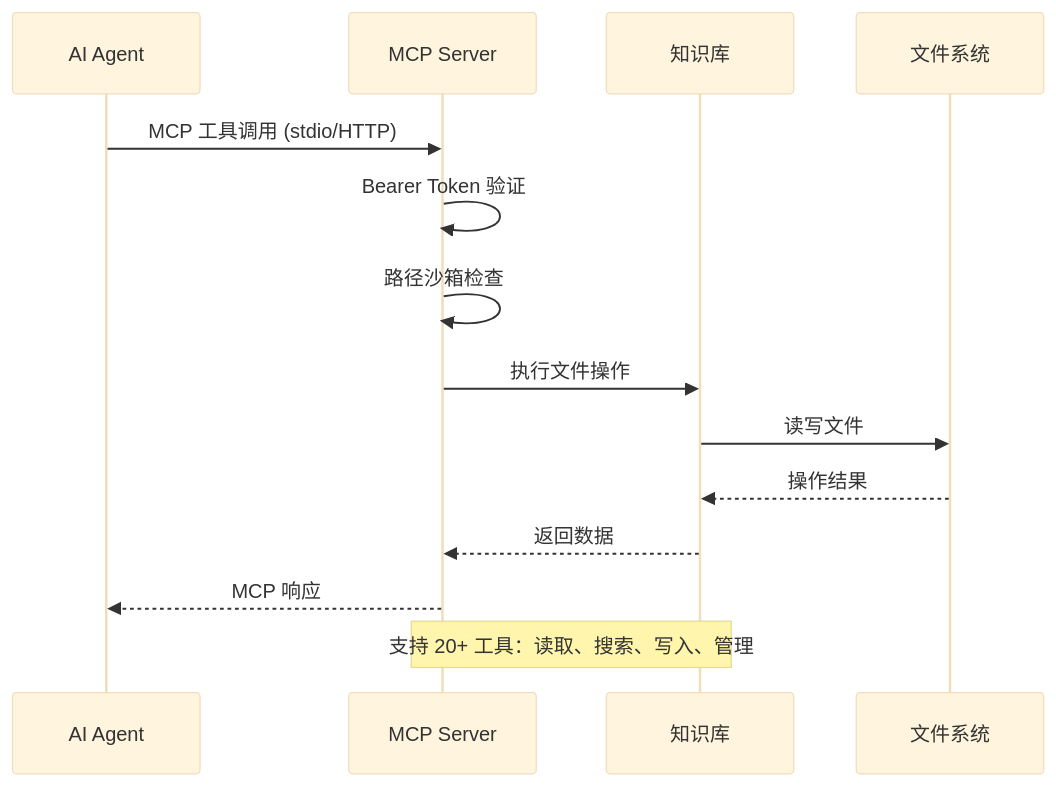
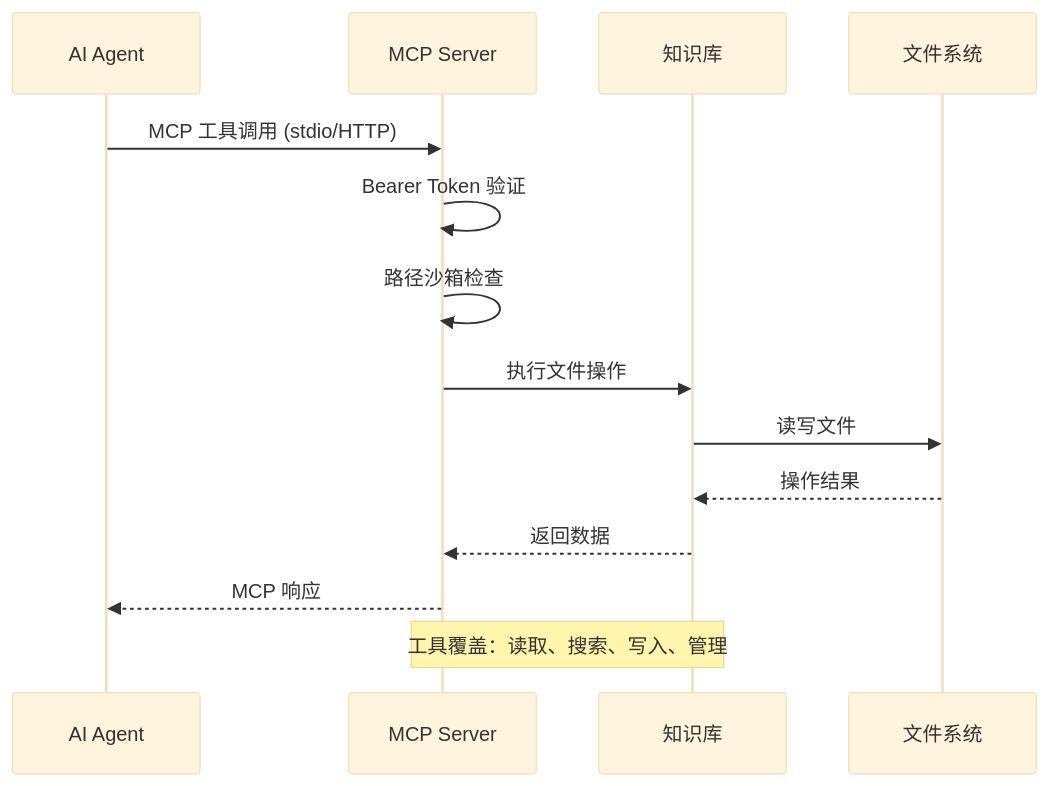
The third of 12 diagrams in wiki/architecture-diagrams.md (GeminiLight/MindOS), drawn with Mermaid (base theme) before and after one commit. The commit also changed other lines of this file and 111 other files, not shown here.

First line of the commit message:
feat: MindOS SKILL v1.3.0, template architecture overhaul, Docker support, Desktop & MCP improvements

````diff
--- a/wiki/architecture-diagrams.md
+++ b/wiki/architecture-diagrams.md
@@ -71,18 +71,18 @@
 ```mermaid
 sequenceDiagram
     participant AG as AI Agent
     participant MS as MCP Server
     participant KB as 知识库
     participant FS as 文件系统
     
     AG->>MS: MCP 工具调用 (stdio/HTTP)
     MS->>MS: Bearer Token 验证
     MS->>MS: 路径沙箱检查
     MS->>KB: 执行文件操作
     KB->>FS: 读写文件
     FS-->>KB: 操作结果
     KB-->>MS: 返回数据
     MS-->>AG: MCP 响应
     
-    Note over MS,KB: 支持 20+ 工具：读取、搜索、写入、管理
+    Note over MS,KB: 工具覆盖：读取、搜索、写入、管理
 ```
````
